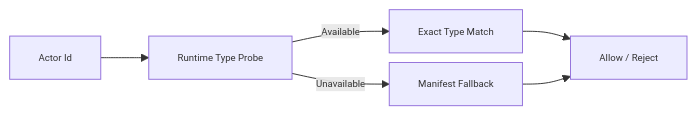
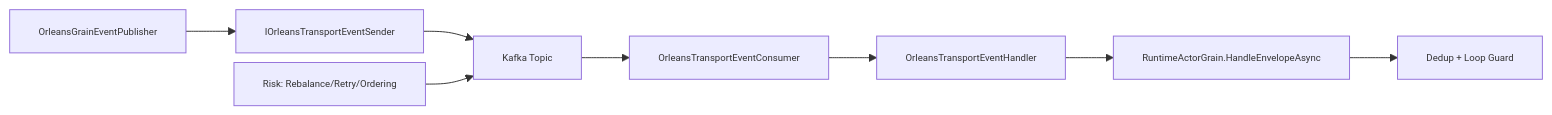
One commit to aevatarAI/aevatar changed the third of 3 diagrams in docs/audit-scorecard/worktree-architecture-scorecard-2026-02-22.md. Above: the diagram before and after it, drawn with Mermaid. The commit also changed other lines of this file and 49 other files, not shown here.

First line of the commit message:
Remove legacy files and integrate Kafka transport support for Orleans runtime

````diff
--- a/docs/audit-scorecard/worktree-architecture-scorecard-2026-02-22.md
+++ b/docs/audit-scorecard/worktree-architecture-scorecard-2026-02-22.md
@@ -102,9 +114,11 @@
 ```mermaid
 %%{init: {"maxTextSize": 100000, "flowchart": {"useMaxWidth": false, "nodeSpacing": 10, "rankSpacing": 50}, "themeVariables": {"fontSize": "10px"}}}%%
 flowchart LR
-  A["Actor Id"] --> B["Runtime Type Probe"]
-  B -->|"Available"| C["Exact Type Match"]
-  B -->|"Unavailable"| D["Manifest Fallback"]
-  C --> E["Allow / Reject"]
-  D --> E
+  A["OrleansGrainEventPublisher"] --> B["IOrleansTransportEventSender"]
+  B --> C["Kafka Topic"]
+  C --> D["OrleansTransportEventConsumer"]
+  D --> E["OrleansTransportEventHandler"]
+  E --> F["RuntimeActorGrain.HandleEnvelopeAsync"]
+  F --> G["Dedup + Loop Guard"]
+  H["Risk: Rebalance/Retry/Ordering"] --> C
 ```
````
